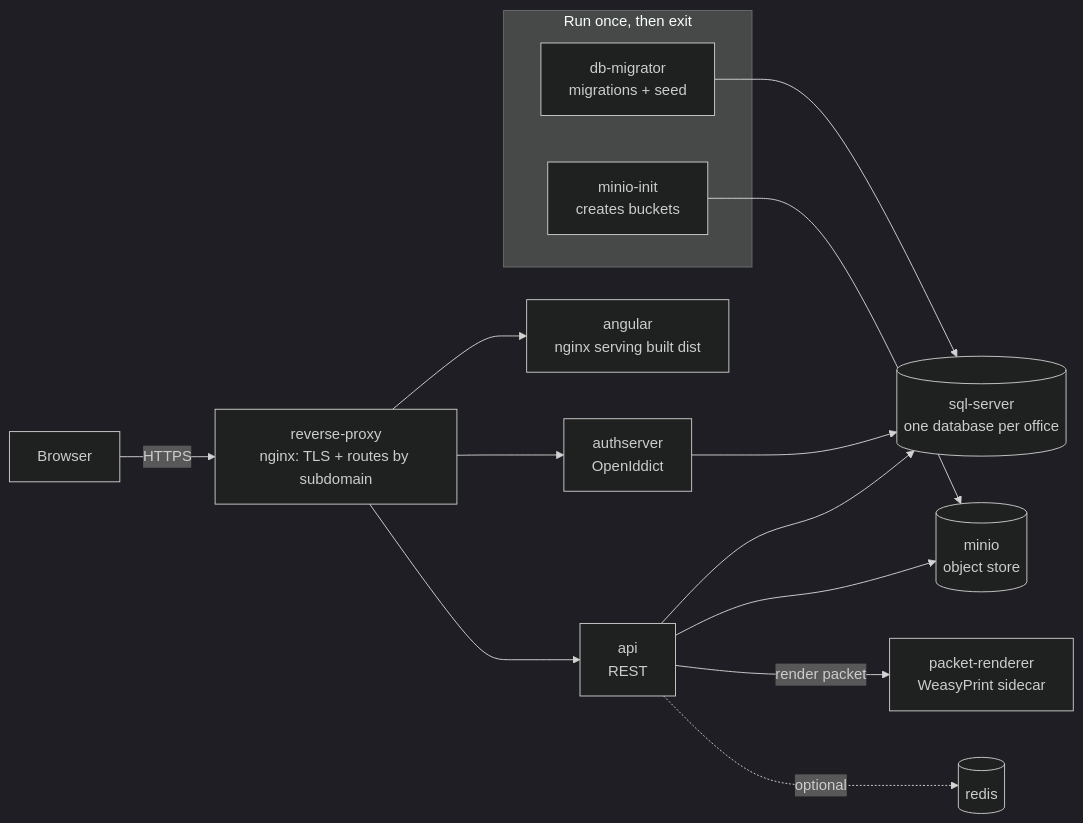
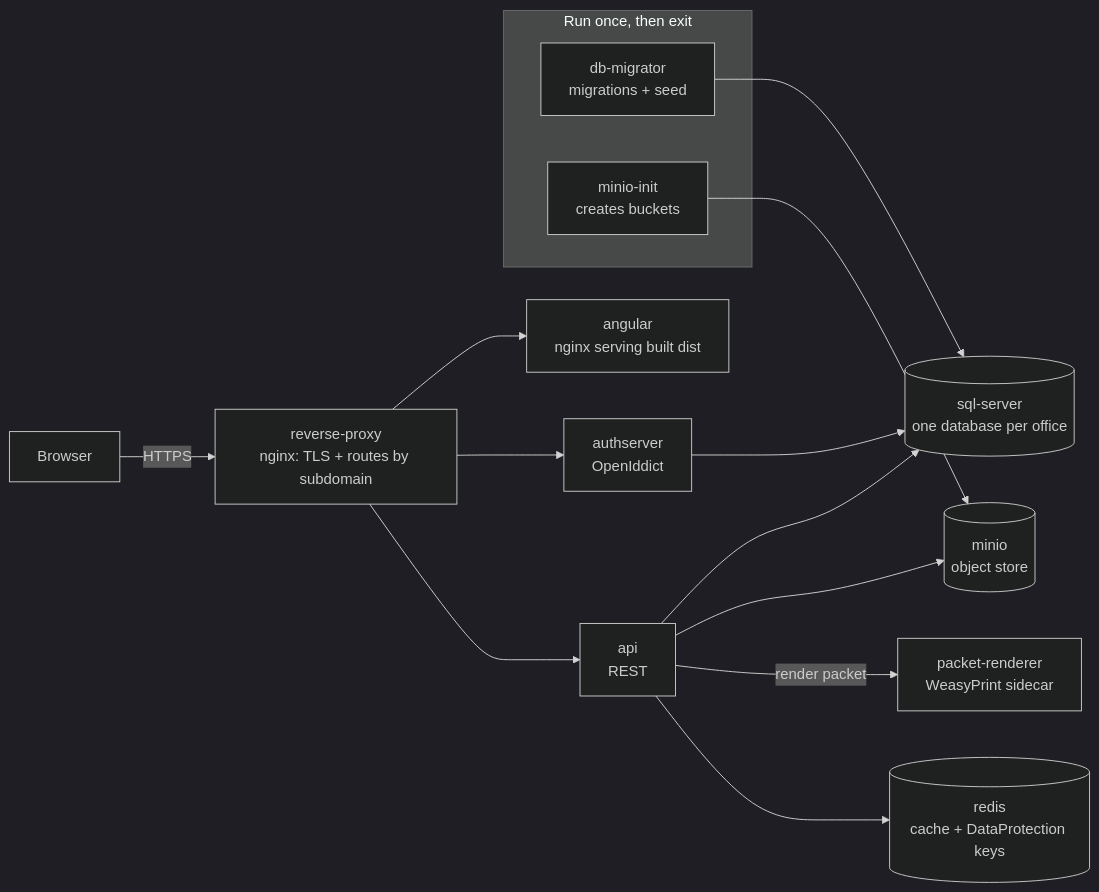
The third of 3 diagrams in README.md (gesco-healthcare-support/hcs-patient-portal), drawn with Mermaid (dark theme) before and after one commit. The commit also changed other lines of this file, not shown here.

First line of the commit message:
docs(readme): correct the claim that Redis is optional

````diff
--- a/README.md
+++ b/README.md
@@ -619,22 +635,22 @@
 ```mermaid
 flowchart LR
     Client["Browser"] -->|"HTTPS"| Proxy["reverse-proxy<br/>nginx: TLS + routes by subdomain"]
 
     Proxy --> Angular["angular<br/>nginx serving built dist"]
     Proxy --> Auth["authserver<br/>OpenIddict"]
     Proxy --> API["api<br/>REST"]
 
     API --> SQL[("sql-server<br/>one database per office")]
     Auth --> SQL
     API --> Minio[("minio<br/>object store")]
     API -->|"render packet"| Packet["packet-renderer<br/>WeasyPrint sidecar"]
-    API -.->|"optional"| Redis[("redis")]
+    API --> Redis[("redis<br/>cache + DataProtection keys")]
 
     subgraph RunOnce["Run once, then exit"]
         Migrator["db-migrator<br/>migrations + seed"]
         MinioInit["minio-init<br/>creates buckets"]
     end
 
     Migrator --> SQL
     MinioInit --> Minio
 ```
````
